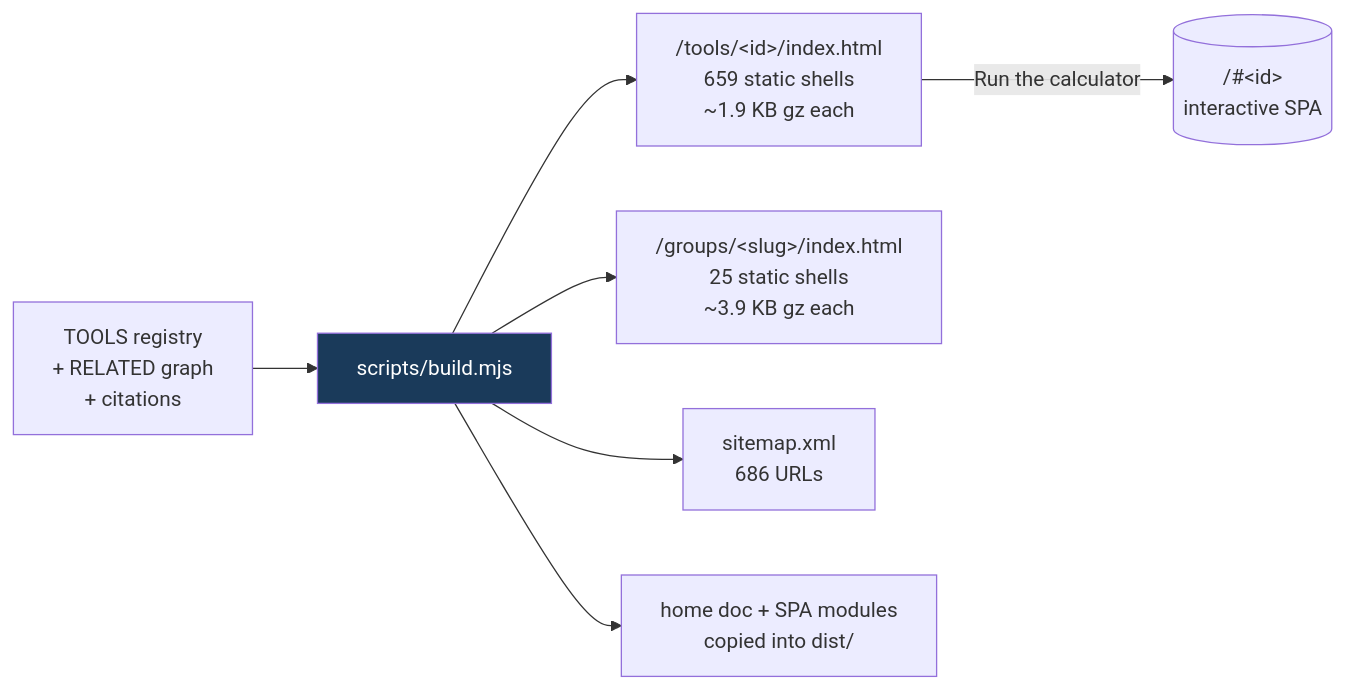
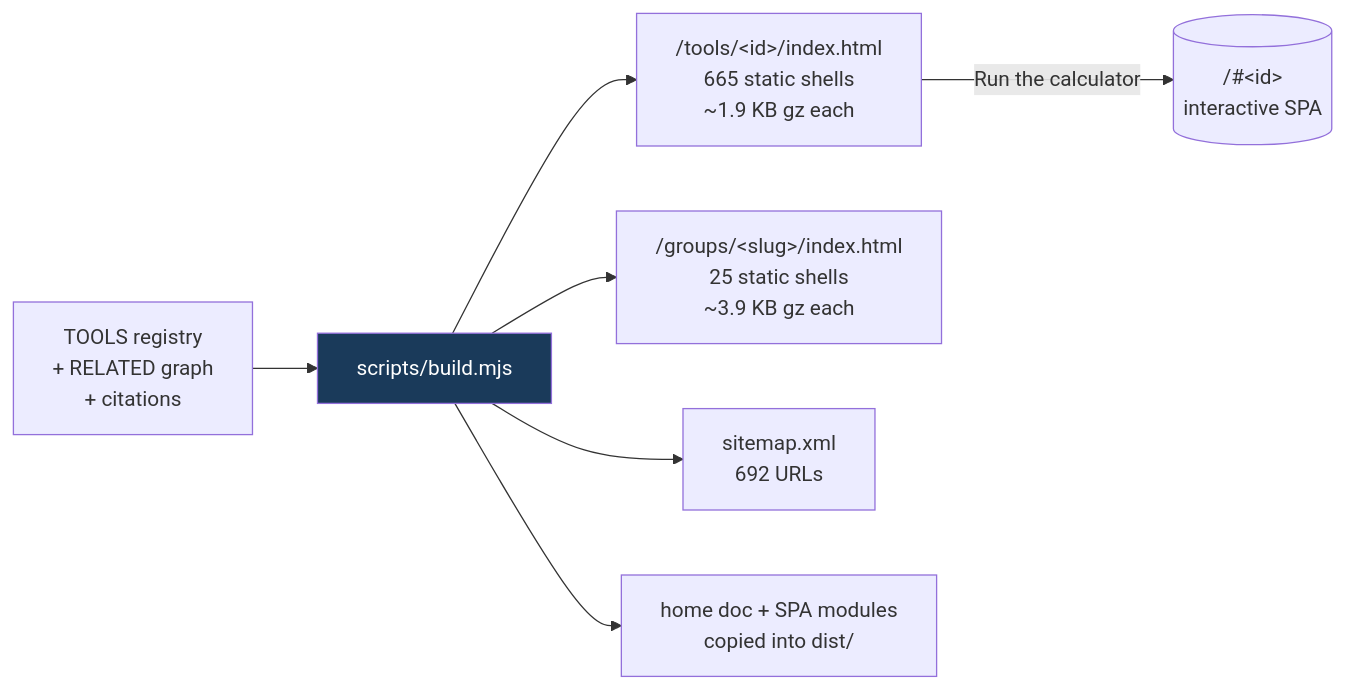
Before and after one commit to clay-good/roughlogic.com: the fifth of 8 diagrams in README.md, drawn with Mermaid. The commit also changed other lines of this file and 22 other files, not shown here.

````diff
--- a/README.md
+++ b/README.md
@@ -434,10 +436,10 @@
 ```mermaid
 flowchart LR
     SRC[TOOLS registry\n+ RELATED graph\n+ citations] --> BUILD[scripts/build.mjs]
-    BUILD --> TILE["/tools/&lt;id&gt;/index.html\n659 static shells\n~1.9 KB gz each"]
+    BUILD --> TILE["/tools/&lt;id&gt;/index.html\n665 static shells\n~1.9 KB gz each"]
     BUILD --> GROUP["/groups/&lt;slug&gt;/index.html\n25 static shells\n~3.9 KB gz each"]
-    BUILD --> MAP["sitemap.xml\n686 URLs"]
+    BUILD --> MAP["sitemap.xml\n692 URLs"]
     BUILD --> COPY[home doc + SPA modules\ncopied into dist/]
     TILE -->|Run the calculator| SPA[("/#&lt;id&gt;\ninteractive SPA")]
     style BUILD fill:#1a3a5a,color:#fff
 ```
````
